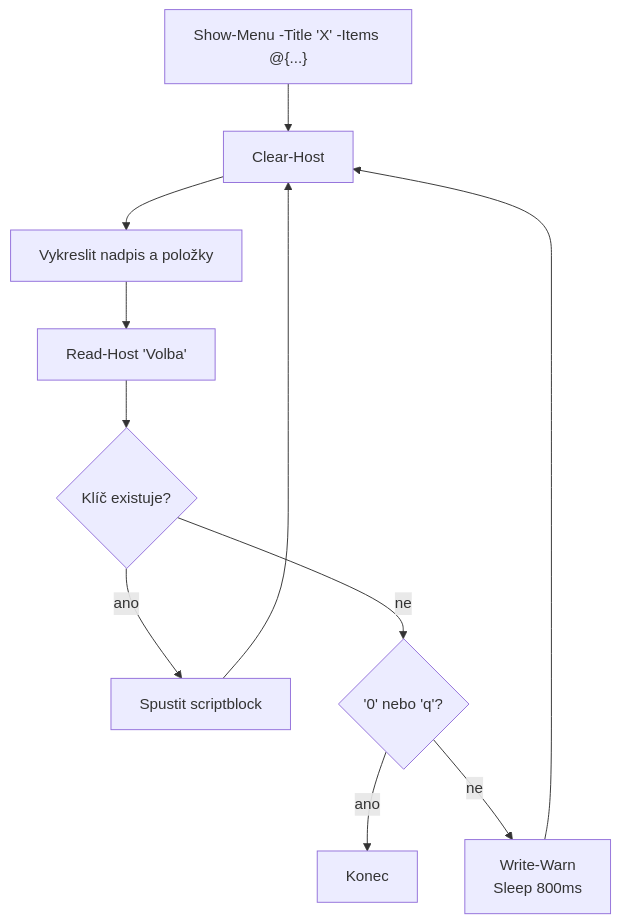
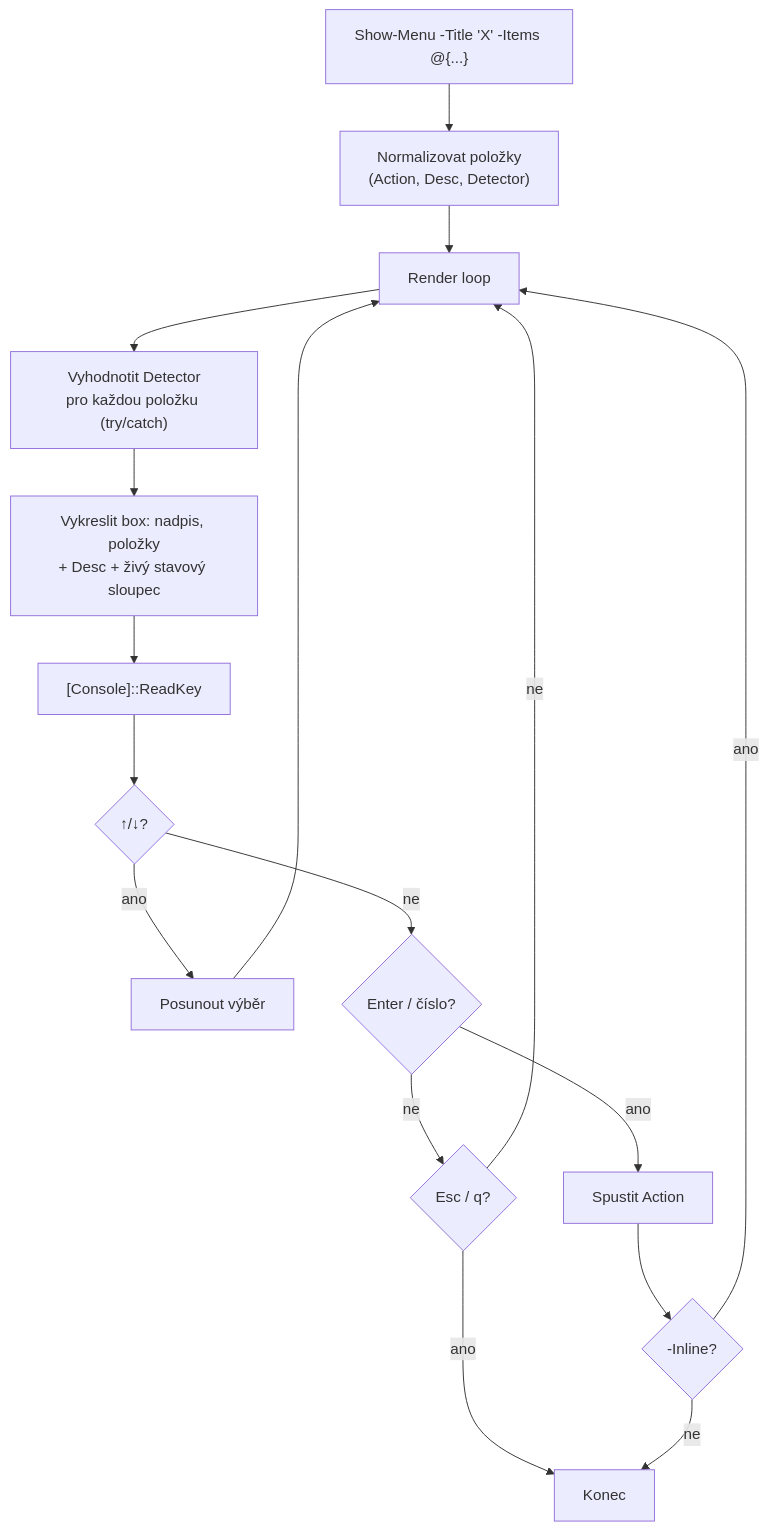
The third of 4 diagrams in docs/ARCHITECTURE.md (martinpaprcka77/dotfiles-tools), drawn with Mermaid before and after one commit. The commit also changed other lines of this file and 5 other files, not shown here.

````diff
--- a/docs/ARCHITECTURE.md
+++ b/docs/ARCHITECTURE.md
@@ -89,13 +87,18 @@
 ```mermaid
 flowchart TD
-    START["Show-Menu -Title 'X' -Items @{...}"] --> CLEAR["Clear-Host"]
-    CLEAR --> DRAW["Vykreslit nadpis a položky"]
-    DRAW --> INPUT["Read-Host 'Volba'"]
-    INPUT --> VALID{"Klíč existuje?"}
-    VALID -->|ano| EXEC["Spustit scriptblock"]
-    VALID -->|ne| CHECK{"'0' nebo 'q'?"}
-    CHECK -->|ano| END["Konec"]
-    CHECK -->|ne| WARN["Write-Warn<br/>Sleep 800ms"]
-    EXEC --> CLEAR
-    WARN --> CLEAR
+    START["Show-Menu -Title 'X' -Items @{...}"] --> NORM["Normalizovat položky<br/>(Action, Desc, Detector)"]
+    NORM --> LOOP["Render loop"]
+    LOOP --> DET["Vyhodnotit Detector<br/>pro každou položku (try/catch)"]
+    DET --> DRAW["Vykreslit box: nadpis, položky<br/>+ Desc + živý stavový sloupec"]
+    DRAW --> KEY["[Console]::ReadKey"]
+    KEY --> ARROWS{"↑/↓?"}
+    ARROWS -->|ano| MOVE["Posunout výběr"] --> LOOP
+    ARROWS -->|ne| ENTERQ{"Enter / číslo?"}
+    ENTERQ -->|ano| EXEC["Spustit Action"]
+    ENTERQ -->|ne| ESCQ{"Esc / q?"}
+    ESCQ -->|ano| END["Konec"]
+    ESCQ -->|ne| LOOP
+    EXEC --> INLINE{"-Inline?"}
+    INLINE -->|ano| LOOP
+    INLINE -->|ne| END
 ```
````
